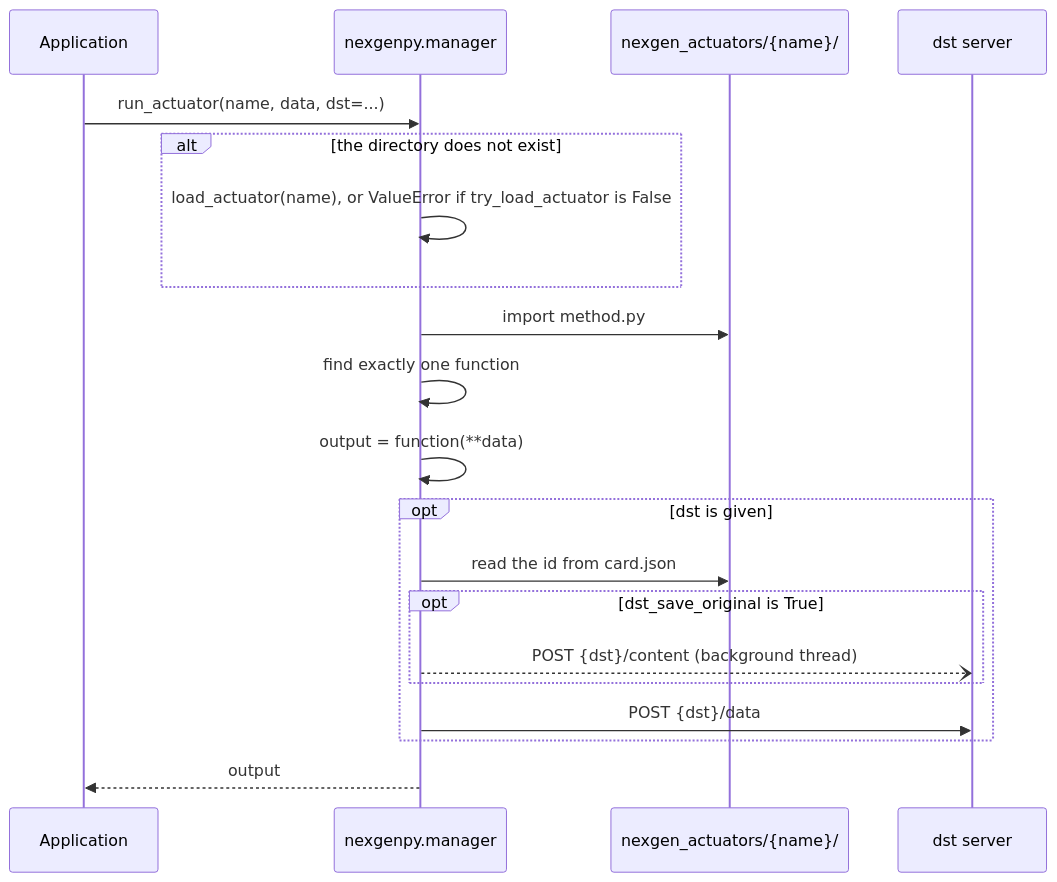
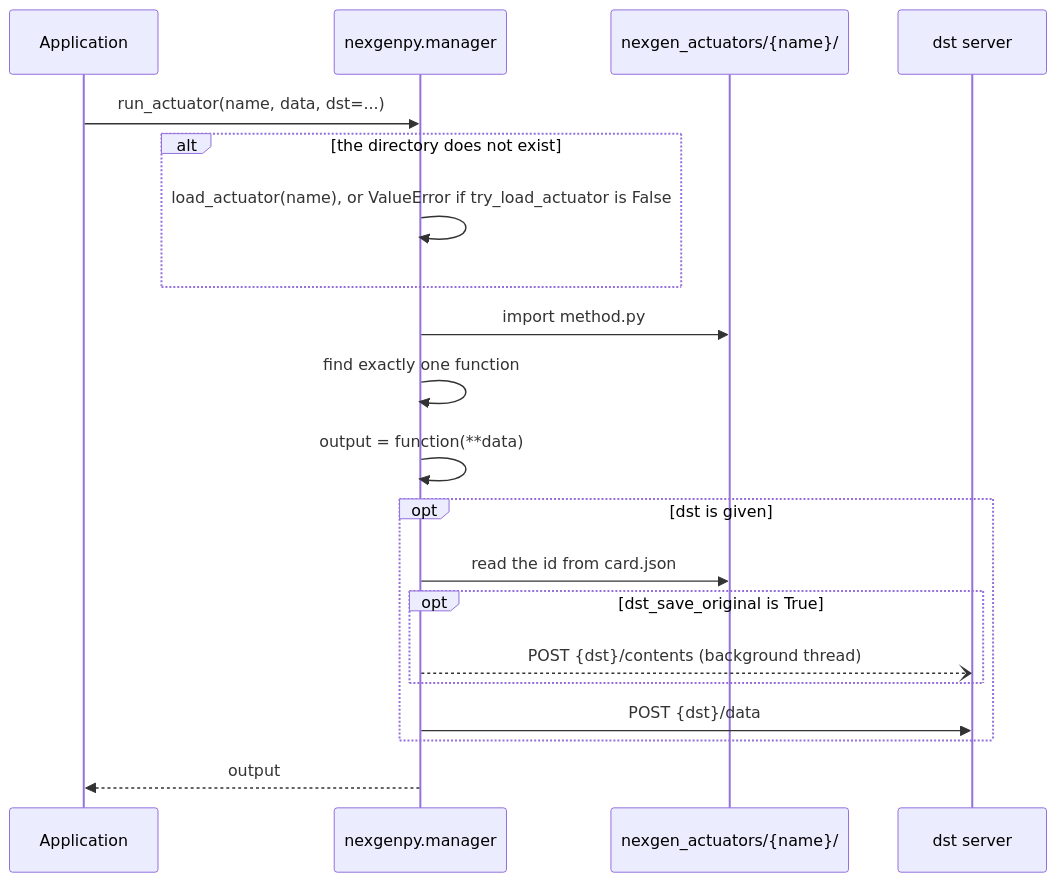
Before and after one commit to iamalreadynoob/nexgen: the third of 3 diagrams in docs/architecture.md, drawn with Mermaid. The commit also changed other lines of this file and 15 other files, not shown here.

````diff
--- a/docs/architecture.md
+++ b/docs/architecture.md
@@ -83,23 +83,23 @@
 ```mermaid
 sequenceDiagram
     participant App as Application
     participant Lib as nexgenpy.manager
     participant FS as nexgen_actuators/{name}/
     participant Dst as dst server
 
     App->>Lib: run_actuator(name, data, dst=...)
     alt the directory does not exist
         Lib->>Lib: load_actuator(name), or ValueError if try_load_actuator is False
     end
     Lib->>FS: import method.py
     Lib->>Lib: find exactly one function
     Lib->>Lib: output = function(**data)
     opt dst is given
         Lib->>FS: read the id from card.json
         opt dst_save_original is True
-            Lib--)Dst: POST {dst}/content (background thread)
+            Lib--)Dst: POST {dst}/contents (background thread)
         end
         Lib->>Dst: POST {dst}/data
     end
     Lib-->>App: output
 ```
````
